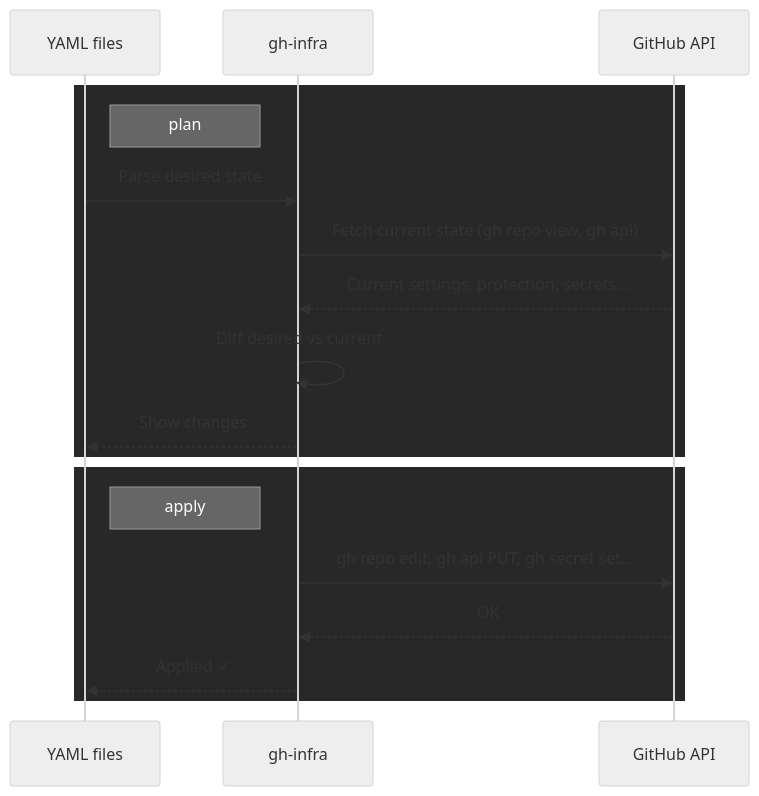
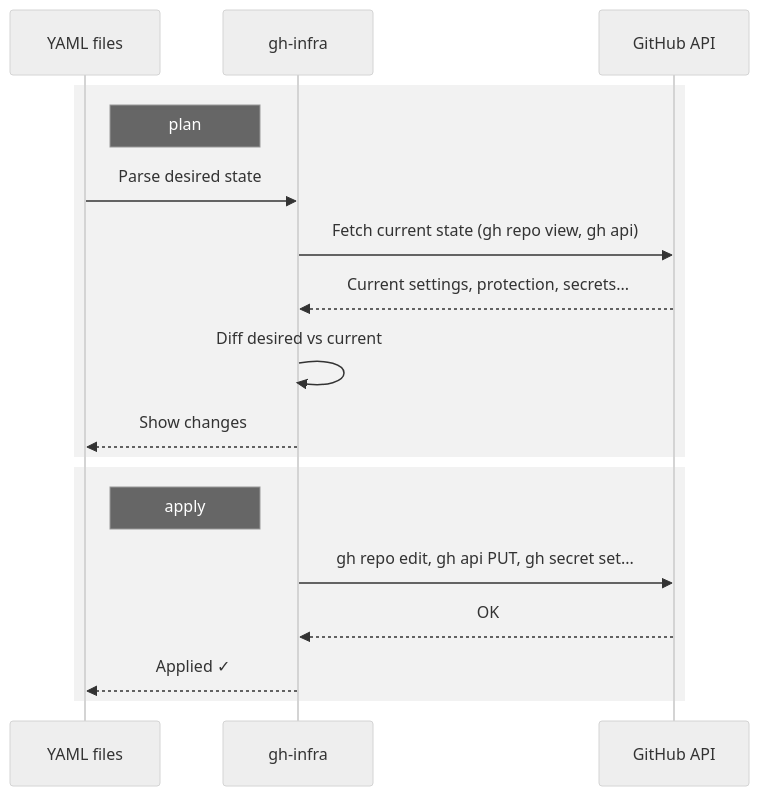
The diagram in README.md (yagihash/gh-infra), drawn with Mermaid (neutral theme) before and after one commit.

Commit message:
docs: fix mermaid diagram rect color for light/dark mode compatibility

````diff
--- a/README.md
+++ b/README.md
@@ -27,22 +27,22 @@
 ```mermaid
 sequenceDiagram
     participant Y as YAML files
     participant C as gh-infra
     participant G as GitHub API
 
-    rect rgb(40, 40, 40)
+    rect rgba(128, 128, 128, 0.1)
     note right of Y: plan
     Y->>C: Parse desired state
     C->>G: Fetch current state (gh repo view, gh api)
     G-->>C: Current settings, protection, secrets...
     C->>C: Diff desired vs current
     C-->>Y: Show changes
     end
 
-    rect rgb(40, 40, 40)
+    rect rgba(128, 128, 128, 0.1)
     note right of Y: apply
     C->>G: gh repo edit, gh api PUT, gh secret set...
     G-->>C: OK
     C-->>Y: Applied ✓
     end
 ```
````
